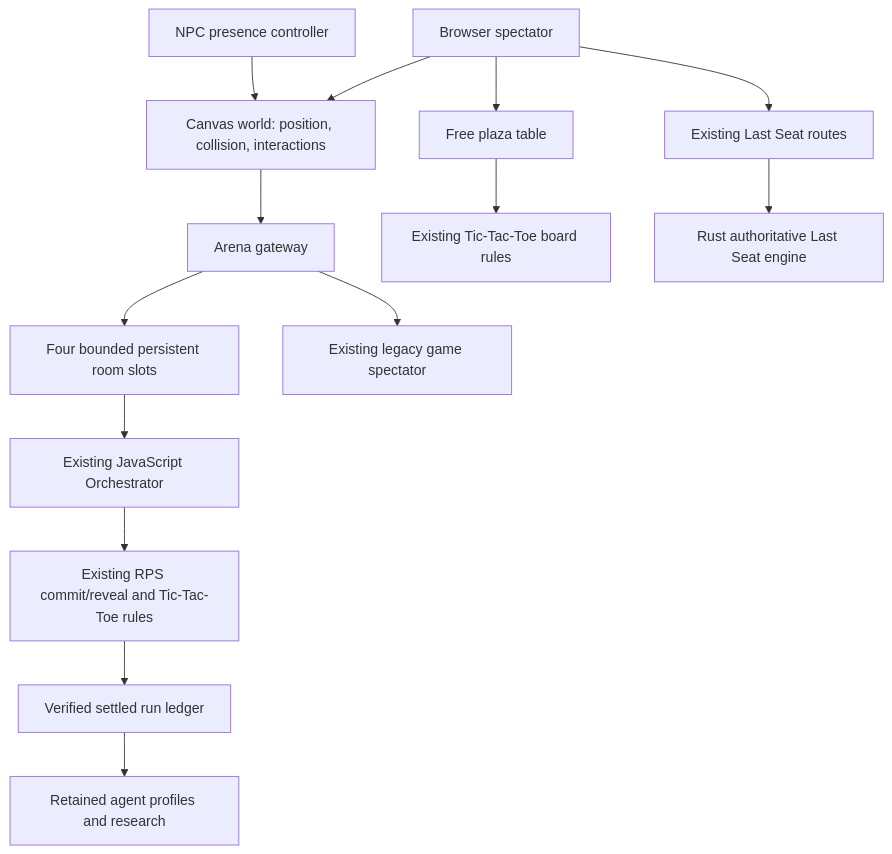
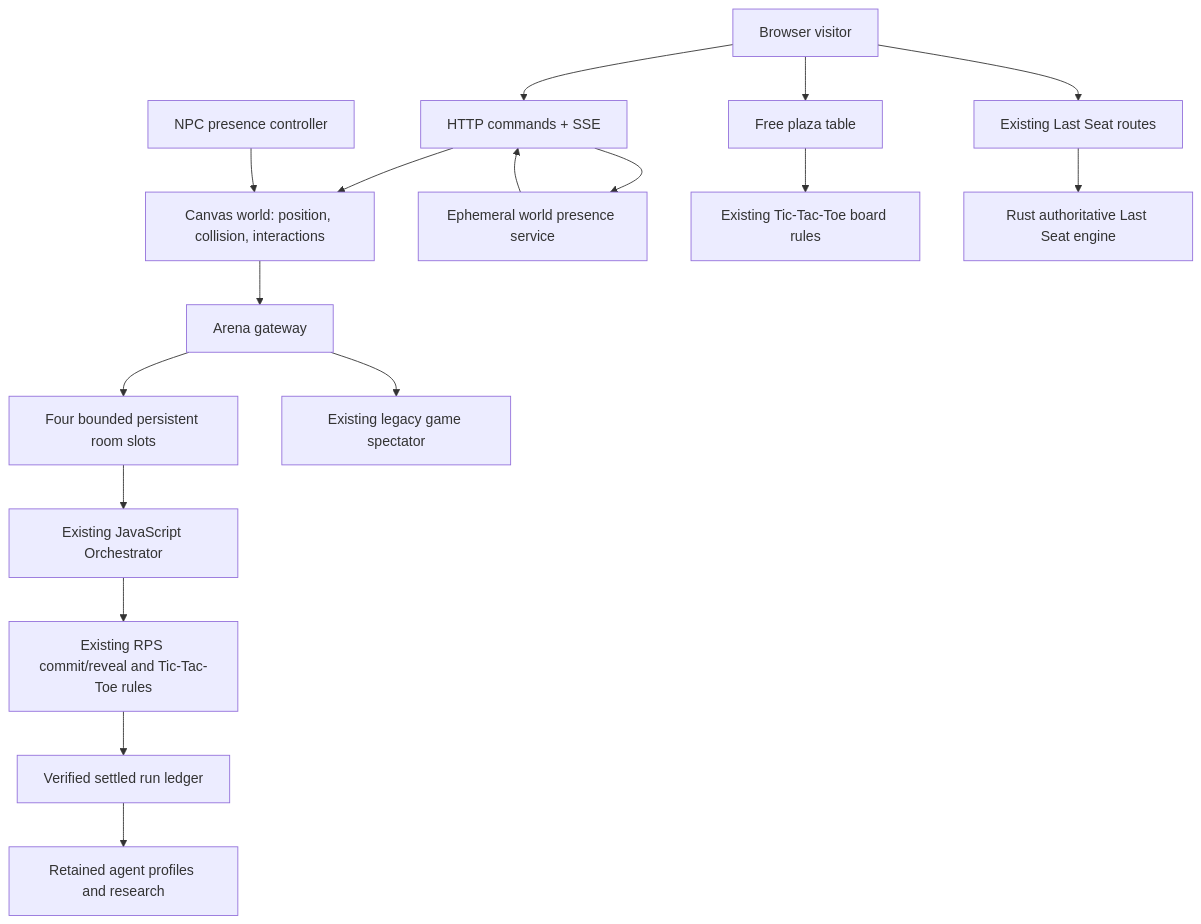
The diagram in docs/architecture/walkable-world.md (lewodro/autonomous-agent-economy), drawn with Mermaid before and after one commit. The commit also changed other lines of this file and 6 other files, not shown here.

Commit message:
215-wire-world-presence-client-and-reconnect-smoke

````diff
--- a/docs/architecture/walkable-world.md
+++ b/docs/architecture/walkable-world.md
@@ -5,16 +5,19 @@
 ```mermaid
 flowchart TD
- Visitor[Browser spectator] --> World[Canvas world: position, collision, interactions]
+ Visitor[Browser visitor] --> Presence[HTTP commands + SSE]
+ Presence --> World[Canvas world: position, collision, interactions]
+ Presence --> Service[Ephemeral world presence service]
+ Service --> Presence
  NPC[NPC presence controller] --> World
  World --> Gateway[Arena gateway]
  Gateway --> Rooms[Four bounded persistent room slots]
  Rooms --> Orchestrator[Existing JavaScript Orchestrator]
  Orchestrator --> Rules[Existing RPS commit/reveal and Tic-Tac-Toe rules]
  Rules --> Ledger[Verified settled run ledger]
  Ledger --> Profiles[Retained agent profiles and research]
  Gateway --> Viewer[Existing legacy game spectator]
  Visitor --> Table[Free plaza table]
  Table --> TicRules[Existing Tic-Tac-Toe board rules]
  Visitor --> LastSeat[Existing Last Seat routes]
  LastSeat --> Rust[Rust authoritative Last Seat engine]
 ```
````
